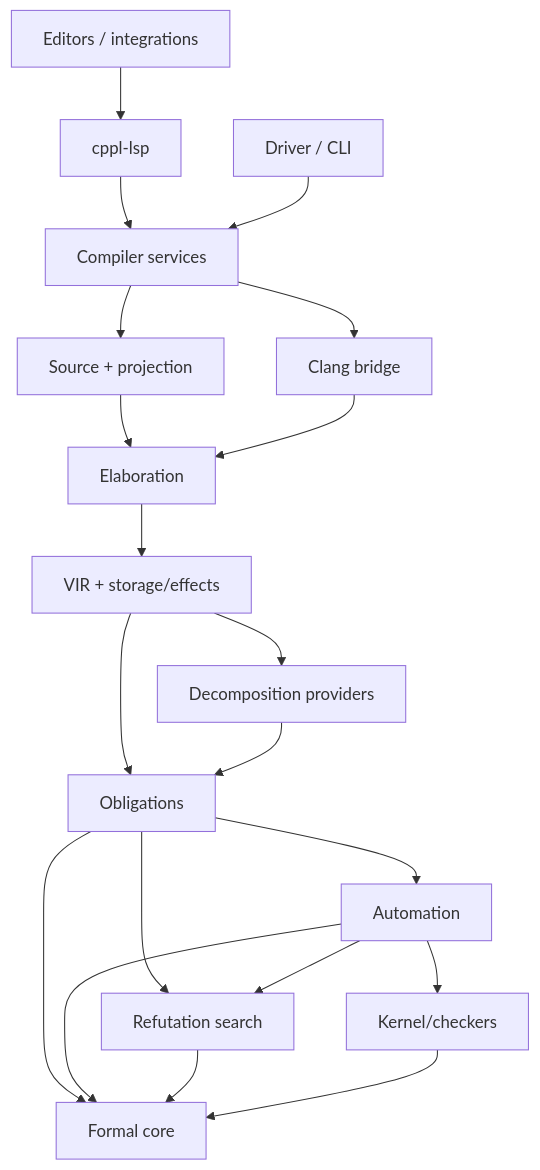
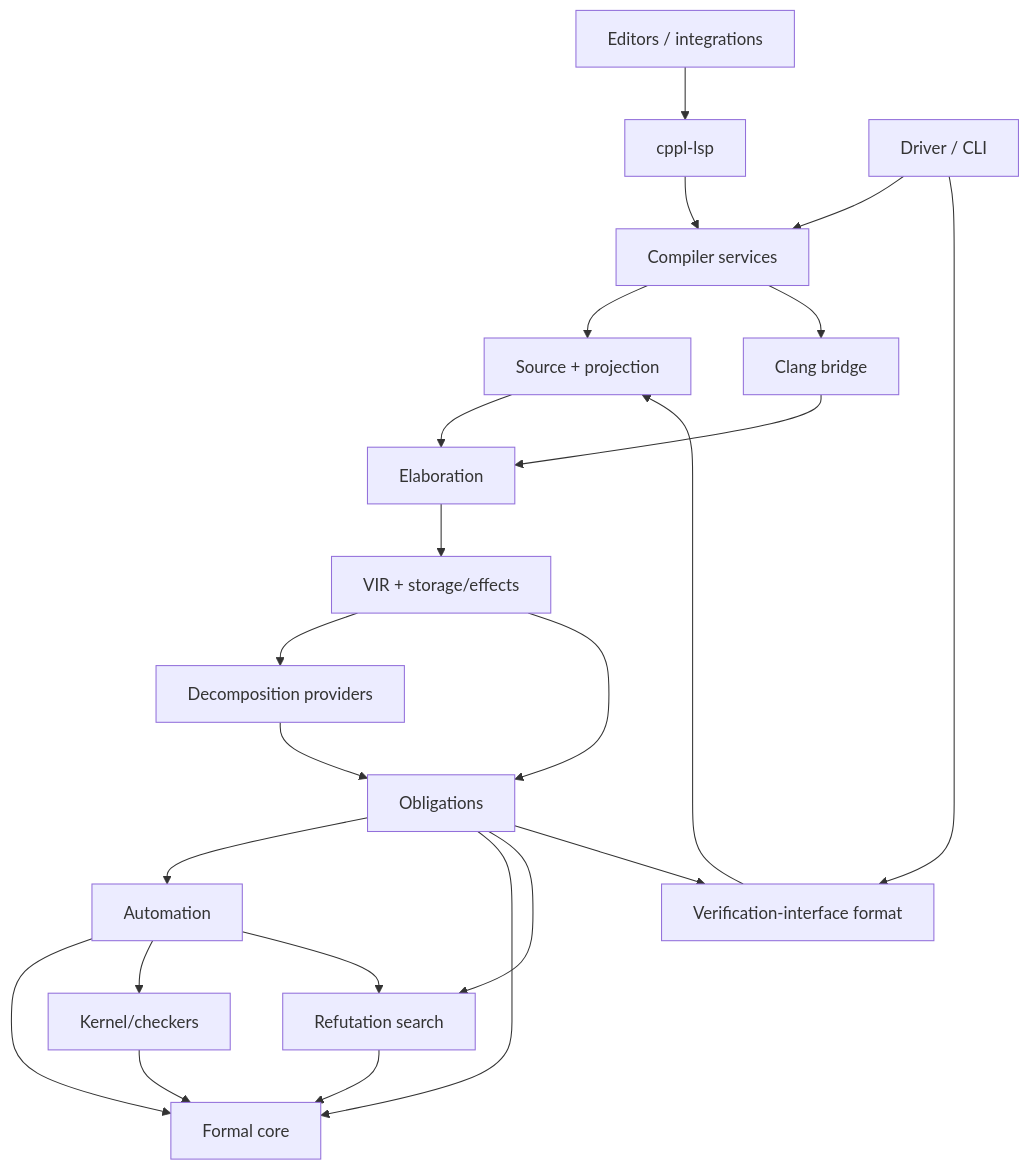
The sixth of 6 diagrams in docs/ARCHITECTURE.md (MattCCC/cppl), drawn with Mermaid before and after one commit. The commit also changed other lines of this file and 84 other files, not shown here.

````diff
--- a/docs/ARCHITECTURE.md
+++ b/docs/ARCHITECTURE.md
@@ -3309,37 +3355,41 @@
 ```mermaid
 flowchart TD
     EDIT["Editors / integrations"]
     LSP["cppl-lsp"]
     CLI["Driver / CLI"]
     SERVICES["Compiler services"]
     SOURCE["Source + projection"]
     CLANG["Clang bridge"]
     ELAB["Elaboration"]
     VIR["VIR + storage/effects"]
     DECOMP["Decomposition providers"]
     OBL["Obligations"]
     AUTO["Automation"]
     REFUTE["Refutation search"]
     CORE["Formal core"]
     KERNEL["Kernel/checkers"]
+    ARTIFACT["Verification-interface format"]
 
     EDIT --> LSP
     LSP --> SERVICES
     CLI --> SERVICES
     SERVICES --> SOURCE
     SERVICES --> CLANG
     SOURCE --> ELAB
     CLANG --> ELAB
     ELAB --> VIR
     VIR --> DECOMP
     VIR --> OBL
     DECOMP --> OBL
     OBL --> AUTO
     OBL --> CORE
     OBL --> REFUTE
     AUTO --> CORE
     AUTO --> KERNEL
     AUTO --> REFUTE
     REFUTE --> CORE
     KERNEL --> CORE
+    CLI --> ARTIFACT
+    OBL --> ARTIFACT
+    ARTIFACT --> SOURCE
 ```
````
